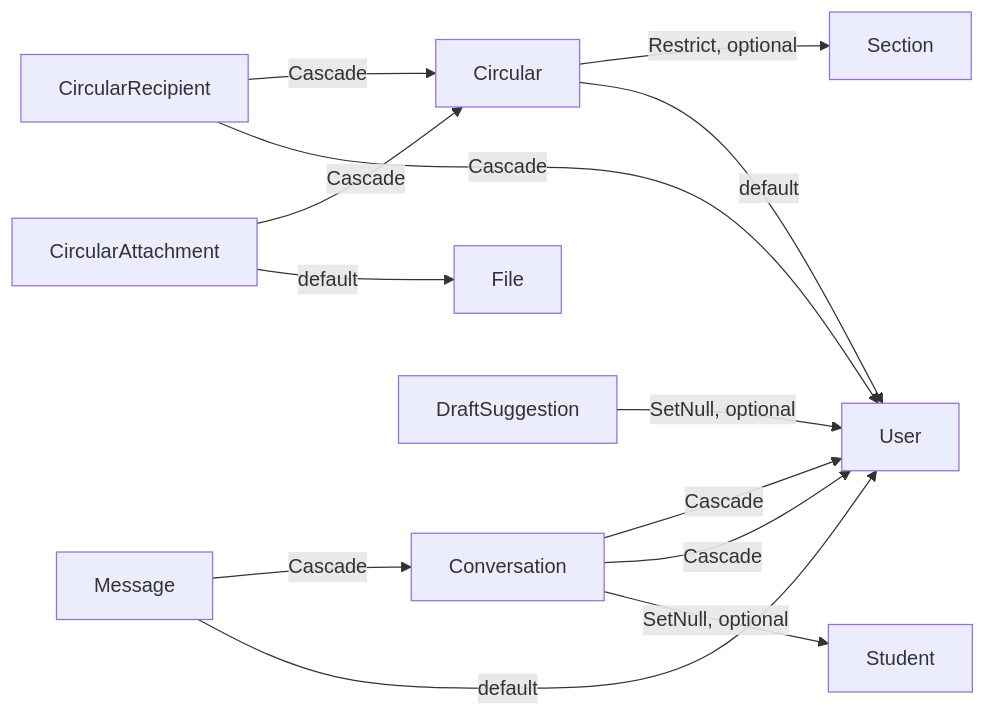
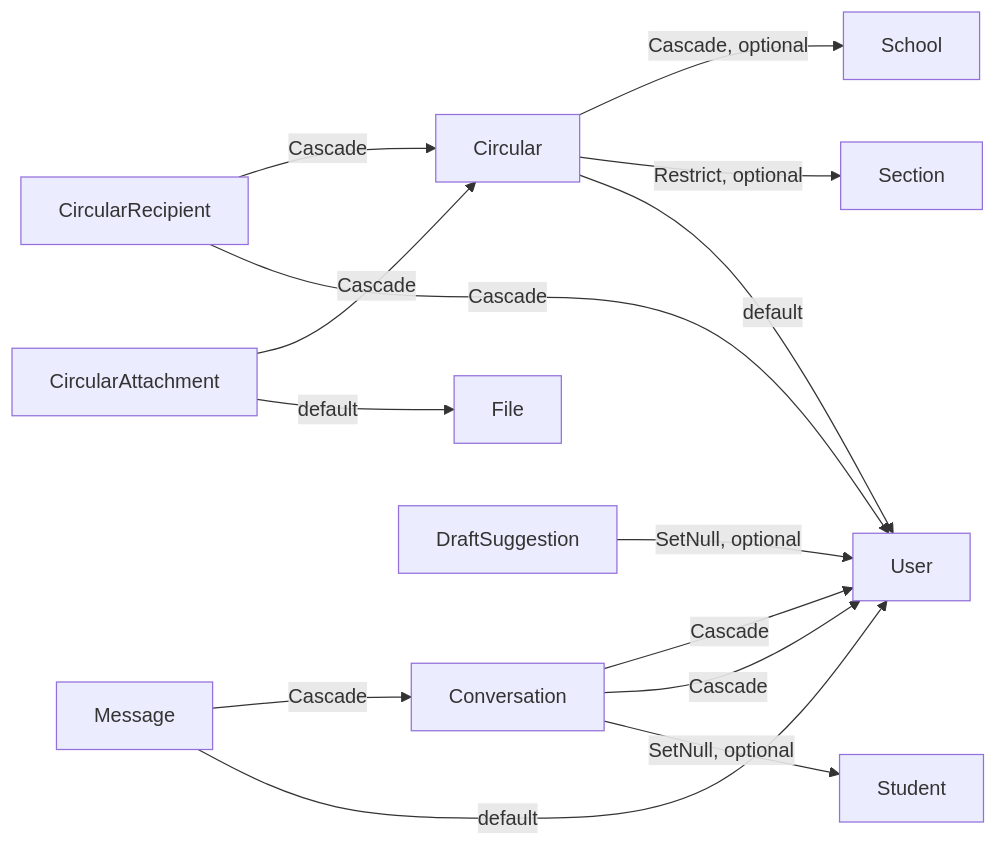
Before and after one commit to zainknoman/SchoolOS: the sixth of 7 diagrams in docs/database/ERD.md, drawn with Mermaid. The commit also changed other lines of this file and 34 other files, not shown here.

````diff
--- a/docs/database/ERD.md
+++ b/docs/database/ERD.md
@@ -129,15 +131,16 @@
 ```mermaid
 flowchart LR
+  Circular -->|Cascade, optional| School
   Circular -->|Restrict, optional| Section
   Circular -->|default| User
   CircularRecipient -->|Cascade| Circular
   CircularRecipient -->|Cascade| User
   CircularAttachment -->|Cascade| Circular
   CircularAttachment -->|default| File
   Conversation -->|Cascade| User
   Conversation -->|Cascade| User
   Conversation -->|SetNull, optional| Student
   Message -->|Cascade| Conversation
   Message -->|default| User
   DraftSuggestion -->|SetNull, optional| User
 ```
````
